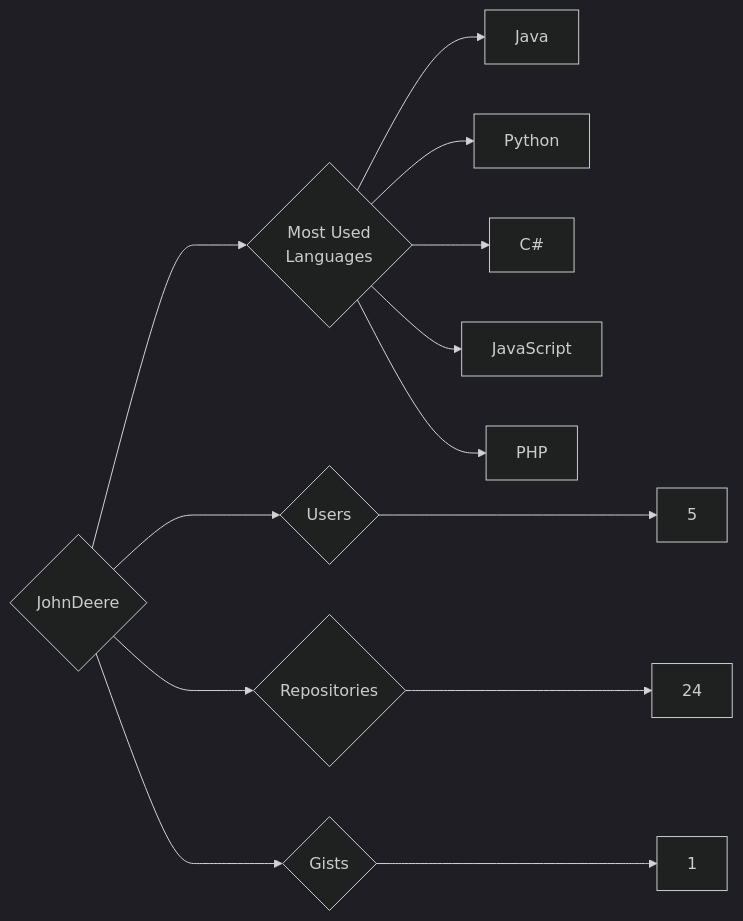
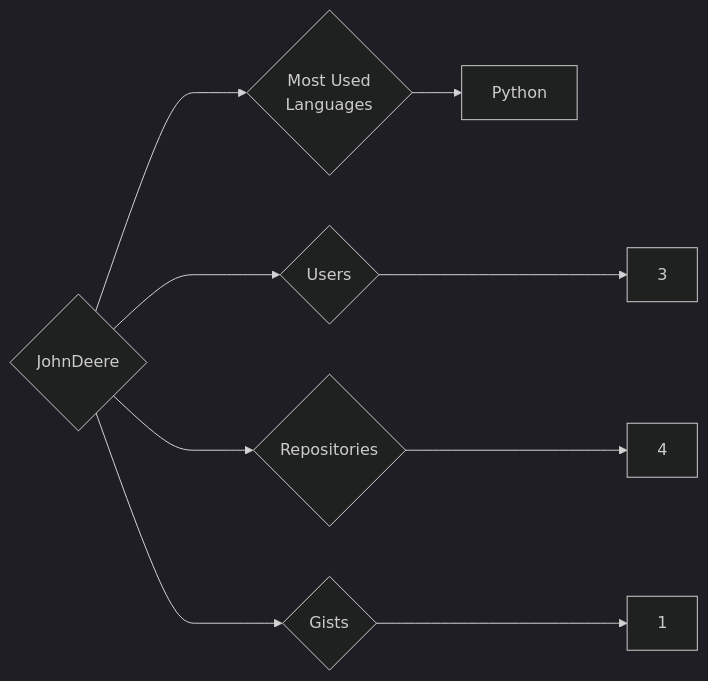
One commit to trickest/insiders changed the diagram in targets/JohnDeere/README.md. Above: the diagram before and after it, drawn with Mermaid (dark theme). The commit also changed 715 other files, not shown here.

````diff
--- a/targets/JohnDeere/README.md
+++ b/targets/JohnDeere/README.md
@@ -3,13 +3,9 @@
 ```mermaid
 graph LR
 COMPANY_NAME{JohnDeere}
-COMPANY_NAME ---> U{Users} ---> UN[5]
-COMPANY_NAME ---> R{Repositories} ---> RN[24]
+COMPANY_NAME ---> U{Users} ---> UN[3]
+COMPANY_NAME ---> R{Repositories} ---> RN[4]
 COMPANY_NAME ---> G{Gists} ---> GN[1]
 COMPANY_NAME ---> ML{Most Used<br>Languages}
-ML --> Java[Java]
 ML --> Python[Python]
-ML --> C#[C#]
-ML --> JavaScript[JavaScript]
-ML --> PHP[PHP]
 ```
````
